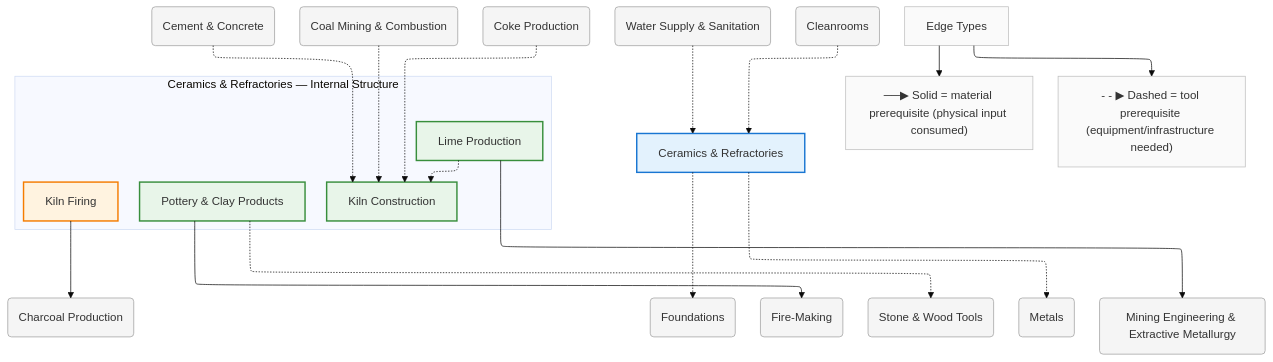
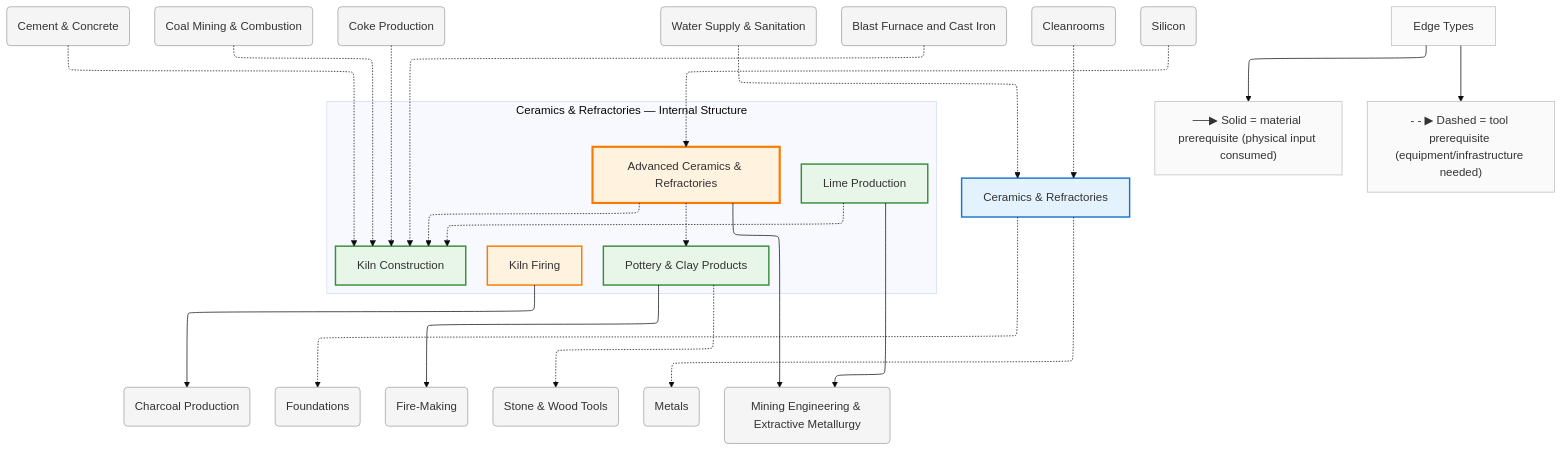
Before and after one commit to egofree/TechTree: the diagram in diagrams/mermaid/ceramics.mmd, drawn with Mermaid (base theme). The commit also changed 14 other files, not shown here.

First line of the commit message:
chore(diagrams): regenerate all Mermaid diagrams from updated data

```diff
--- a/diagrams/mermaid/ceramics.mmd
+++ b/diagrams/mermaid/ceramics.mmd
@@ -1,74 +1,85 @@
 %%{init: {"flowchart": {"defaultRenderer": "elk", "htmlLabels": true}}}%%
 graph TD
     %% Domain: Ceramics & Refractories
 
     %% ==================== INTERNAL NODES ====================
     subgraph ceramics_internal ["Ceramics & Refractories — Internal Structure"]
         direction TB
         ceramics_pottery["Pottery & Clay Products"]
         ceramics_pottery_kiln-firing["Kiln Firing"]
         ceramics_kilns["Kiln Construction"]
         ceramics_lime["Lime Production"]
+        ceramics_advanced-ceramics["Advanced Ceramics & Refractories"]
     end
 
     %% ==================== DOMAIN NODE ====================
     ceramics["Ceramics & Refractories"]
 
     %% ==================== EXTERNAL DEPENDENCIES ====================
     chemistry_cement("Cement & Concrete")
     energy_fuels_charcoal("Charcoal Production")
     energy_fuels_coal("Coal Mining & Combustion")
     energy_fuels_coke("Coke Production")
     foundations("Foundations")
     foundations_fire("Fire-Making")
     foundations_tools-basic("Stone & Wood Tools")
     health_sanitation("Water Supply & Sanitation")
     metals("Metals")
+    metals_iron-steel_blast-furnace("Blast Furnace and Cast Iron")
     mining("Mining Engineering & Extractive Metallurgy")
     photolithography_cleanrooms("Cleanrooms")
+    silicon("Silicon")
 
     %% ==================== EDGES ====================
     ceramics_lime -.-> ceramics_kilns
+    ceramics_advanced-ceramics -.-> ceramics_pottery
+    ceramics_advanced-ceramics -.-> ceramics_kilns
     energy_fuels_coal -.-> ceramics_kilns
     energy_fuels_coke -.-> ceramics_kilns
     chemistry_cement -.-> ceramics_kilns
     photolithography_cleanrooms -.-> ceramics
     ceramics -.-> foundations
     ceramics -.-> metals
     ceramics_pottery_kiln-firing --> energy_fuels_charcoal
     ceramics_pottery --> foundations_fire
     ceramics_pottery -.-> foundations_tools-basic
     health_sanitation -.-> ceramics
     ceramics_lime --> mining
+    ceramics_advanced-ceramics --> mining
+    silicon -.-> ceramics_advanced-ceramics
+    metals_iron-steel_blast-furnace -.-> ceramics_kilns
 
     %% ==================== EDGE TYPE LEGEND ====================
     EdgeLegend["Edge Types"]
     EdgeLegend --> MatNote["──▶ Solid = material prerequisite (physical input consumed)"]
     EdgeLegend --> ToolNote["- - ▶ Dashed = tool prerequisite (equipment/infrastructure needed)"]
 
     %% ==================== STYLING ====================
     classDef domain fill:#e3f2fd,stroke:#1976d2,stroke-width:2px
     classDef capability fill:#e8f5e9,stroke:#388e3c,stroke-width:2px
     classDef process fill:#fff3e0,stroke:#f57c00,stroke-width:2px
     classDef critical fill:#fff3e0,stroke:#f57c00,stroke-width:3px
     classDef earlyWin fill:#e8f5e9,stroke:#388e3c,stroke-width:3px
     classDef pinnacle fill:#fce4ec,stroke:#c62828,stroke-width:3px
     classDef external fill:#f5f5f5,stroke:#9e9e9e,stroke-width:1px
     classDef legend fill:#fafafa,stroke:#bdbdbd,stroke-width:1px
     class ceramics domain
     class ceramics_pottery capability
     class ceramics_pottery_kiln-firing process
     class ceramics_kilns capability
     class ceramics_lime capability
+    class ceramics_advanced-ceramics critical
     class chemistry_cement external
     class energy_fuels_charcoal external
     class energy_fuels_coal external
     class energy_fuels_coke external
     class foundations external
     class foundations_fire external
     class foundations_tools-basic external
     class health_sanitation external
     class metals external
+    class metals_iron-steel_blast-furnace external
     class mining external
     class photolithography_cleanrooms external
+    class silicon external
     class EdgeLegend,MatNote,ToolNote legend
```
